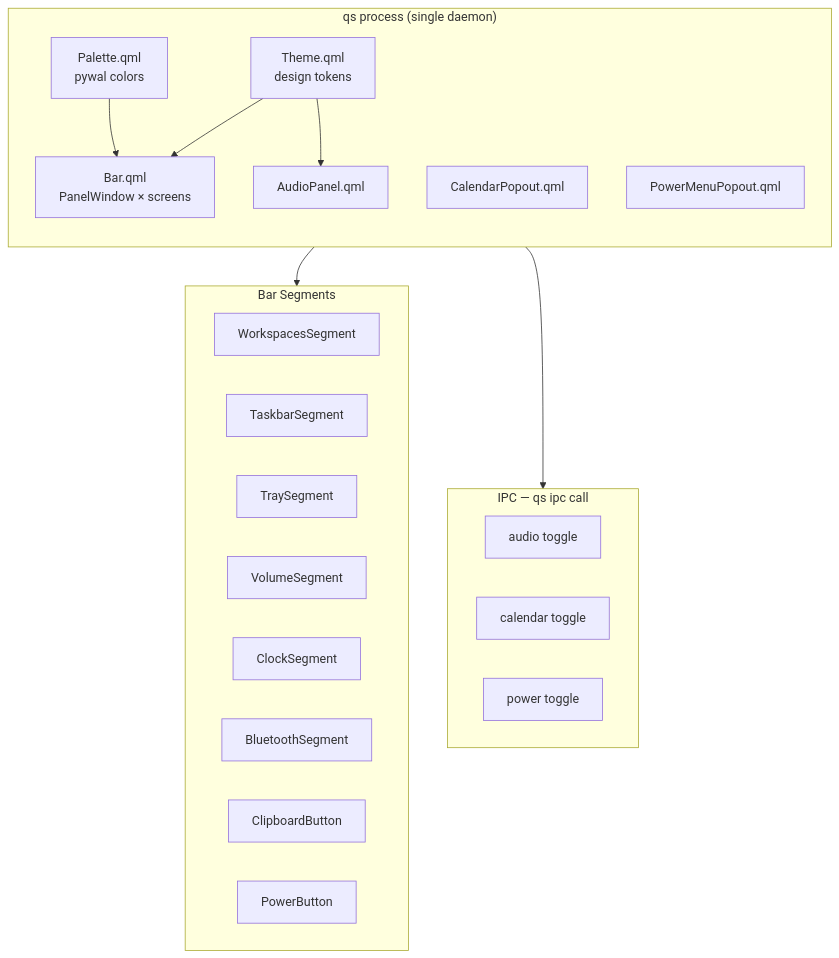
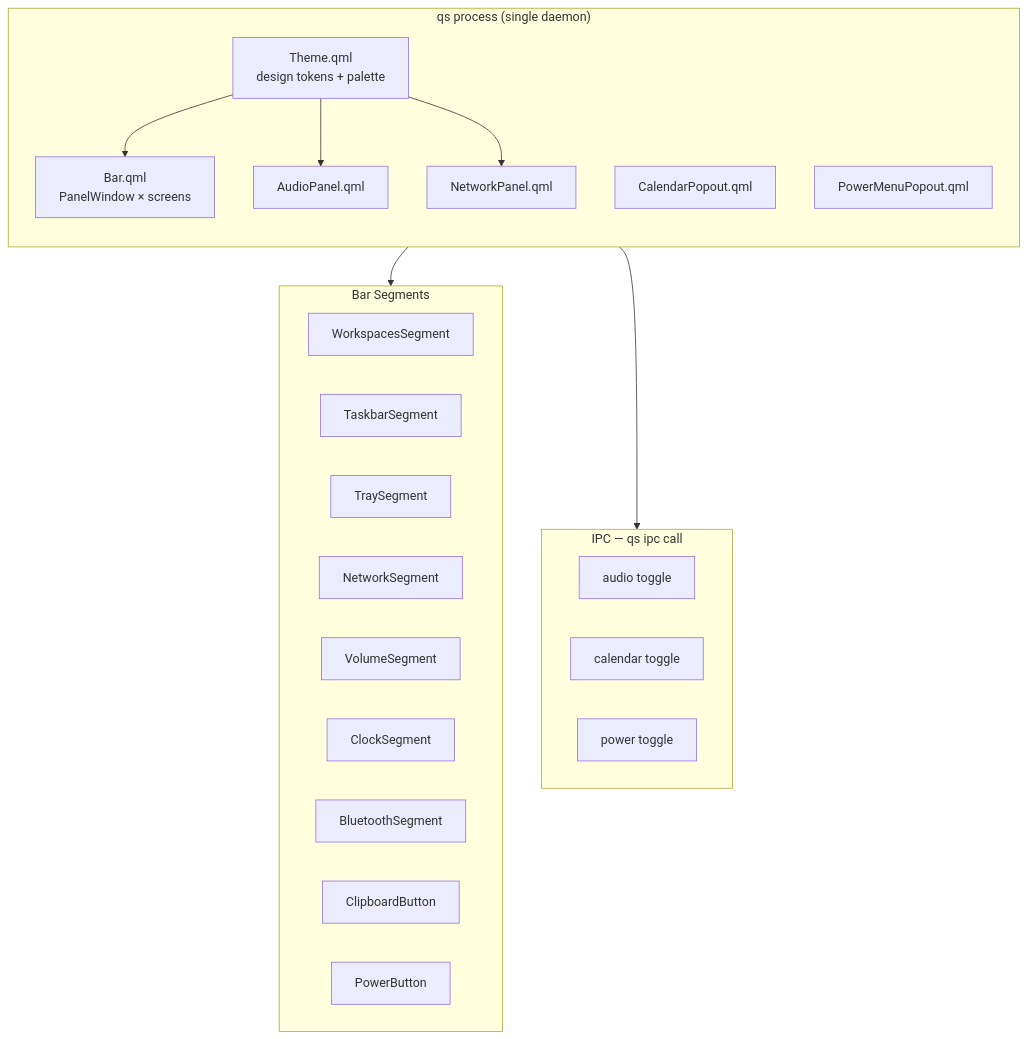
Before and after one commit to Lunga93/dotfiles: the first of 3 diagrams in docs/dev-vault/Packages/Quickshell.md, drawn with Mermaid. The commit also changed other lines of this file and 7 other files, not shown here.

First line of the commit message:
feat(quickshell): add network applet — panel, segment, nm-applet tray filter

````diff
--- a/docs/dev-vault/Packages/Quickshell.md
+++ b/docs/dev-vault/Packages/Quickshell.md
@@ -13,35 +13,36 @@
 ```mermaid
 graph TB
     subgraph QS["qs process (single daemon)"]
         direction TB
-        TH[Theme.qml<br/>design tokens]
-        PL[Palette.qml<br/>pywal colors]
+        TH[Theme.qml<br/>design tokens + palette]
         BAR[Bar.qml<br/>PanelWindow × screens]
         AP[AudioPanel.qml]
         CAL[CalendarPopout.qml]
         PM[PowerMenuPopout.qml]
+        NP[NetworkPanel.qml]
     end
 
     subgraph Segments["Bar Segments"]
         WS[WorkspacesSegment]
         TB2[TaskbarSegment]
         TR[TraySegment]
+        NW[NetworkSegment]
         VOL[VolumeSegment]
         CLK[ClockSegment]
         BT[BluetoothSegment]
         CB[ClipboardButton]
         PB[PowerButton]
     end
 
     subgraph IPC["IPC — qs ipc call"]
         AUDIO_TOGGLE["audio toggle"]
         CAL_TOGGLE["calendar toggle"]
         POW_TOGGLE["power toggle"]
     end
 
     BAR --> Segments
     QS --> IPC
     TH --> BAR
     TH --> AP
-    PL --> BAR
+    TH --> NP
 ```
````
